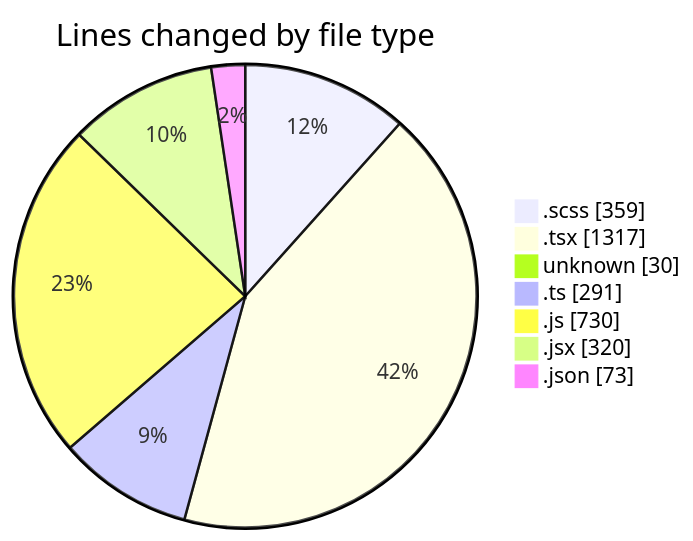
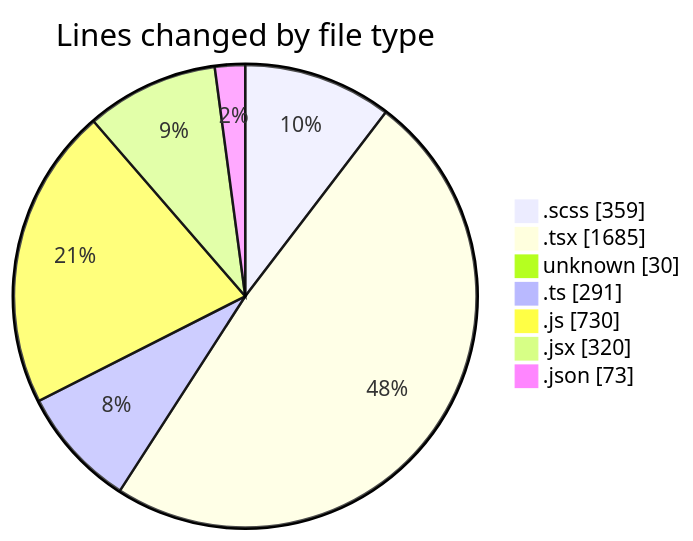
The first of 2 diagrams in 2025-03-05/cda/README.md (momahboobian/code-tracking), drawn with Mermaid before and after one commit. The commit also changed other lines of this file and 1 other file, not shown here.

````diff
--- a/2025-03-05/cda/README.md
+++ b/2025-03-05/cda/README.md
@@ -45,11 +45,11 @@
 ```mermaid
 pie showData
 title Lines changed by file type
 ".scss" : 359
-".tsx" : 1317
+".tsx" : 1685
 "unknown" : 30
 ".ts" : 291
 ".js" : 730
 ".jsx" : 320
 ".json" : 73
 ```
````
